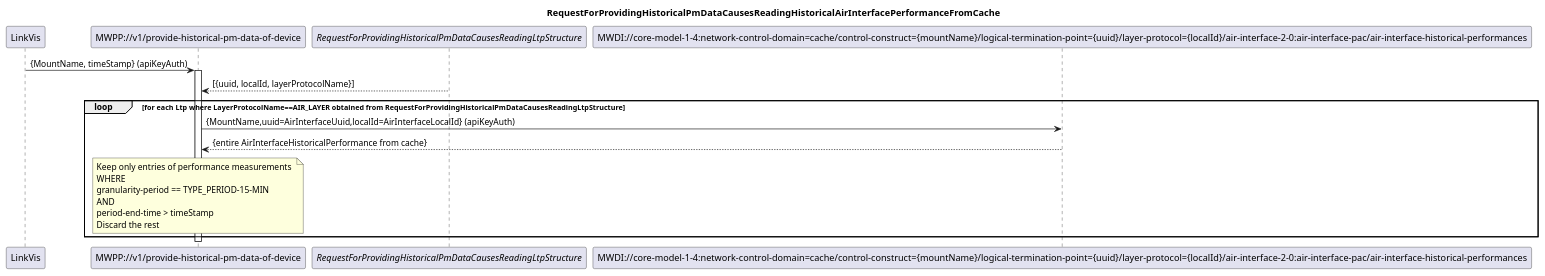
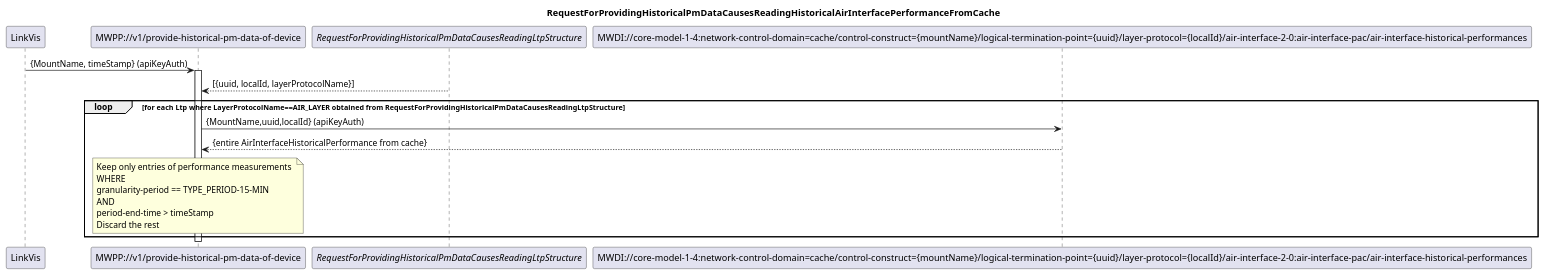
Before and after one commit to openBackhaul/MicroWavePerformanceProxy: the diagram in spec/diagrams/005_ReadingHistoricalAirInterfacePerformanceFromCache.plantuml, drawn with PlantUML. The commit also changed 15 other files, not shown here.

Commit message:
Add improvements in diagrams

```diff
--- a/spec/diagrams/005_ReadingHistoricalAirInterfacePerformanceFromCache.plantuml
+++ b/spec/diagrams/005_ReadingHistoricalAirInterfacePerformanceFromCache.plantuml
@@ -1,32 +1,32 @@
 @startuml 005_ReadingHistoricalAirInterfacePerformanceFromCache
 skinparam responseMessageBelowArrow true
 
 title
 RequestForProvidingHistoricalPmDataCausesReadingHistoricalAirInterfacePerformanceFromCache
 end title
 
 participant "LinkVis" as LinkVis
 participant "MWPP://v1/provide-historical-pm-data-of-device" as MWPP
 participant "<i>RequestForProvidingHistoricalPmDataCausesReadingLtpStructure</i>" as LTPs
 participant "MWDI://core-model-1-4:network-control-domain=cache/control-construct={mountName}/logical-termination-point={uuid}/layer-protocol={localId}/air-interface-2-0:air-interface-pac/air-interface-historical-performances" as AirInterfacePm
 
 LinkVis -> MWPP: {MountName, timeStamp} (apiKeyAuth)
 activate MWPP
 LTPs --> MWPP: [{uuid, localId, layerProtocolName}]
 loop for each Ltp where LayerProtocolName==AIR_LAYER obtained from RequestForProvidingHistoricalPmDataCausesReadingLtpStructure
-    MWPP -> AirInterfacePm: {MountName,uuid=AirInterfaceUuid,localId=AirInterfaceLocalId} (apiKeyAuth)
+    MWPP -> AirInterfacePm: {MountName,uuid,localId} (apiKeyAuth)
     AirInterfacePm --> MWPP: {entire AirInterfaceHistoricalPerformance from cache}
     note over MWPP
     Keep only entries of performance measurements 
     WHERE
     granularity-period == TYPE_PERIOD-15-MIN
     AND
     period-end-time > timeStamp
     Discard the rest
     end note
 
 end
 
 deactivate MWPP
 
 @enduml
```
